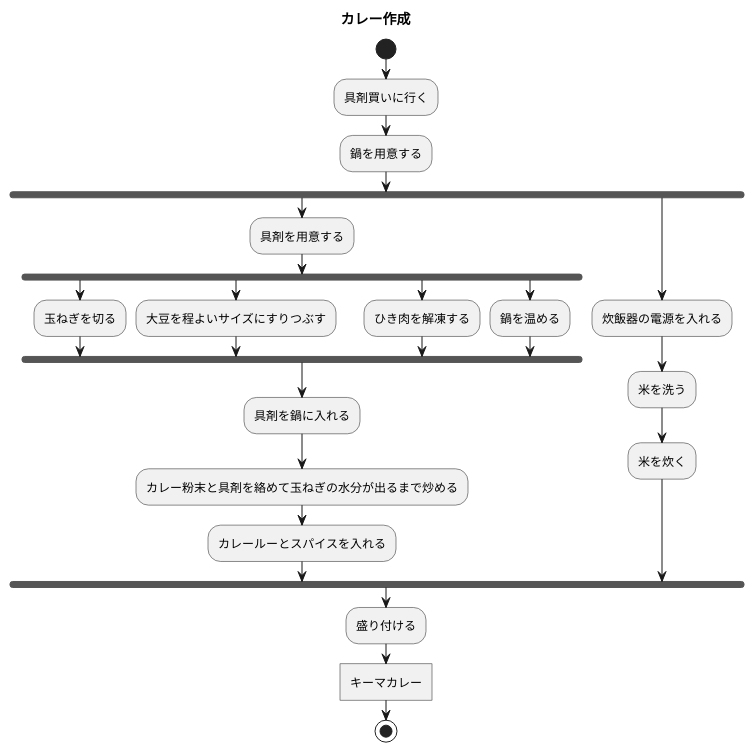
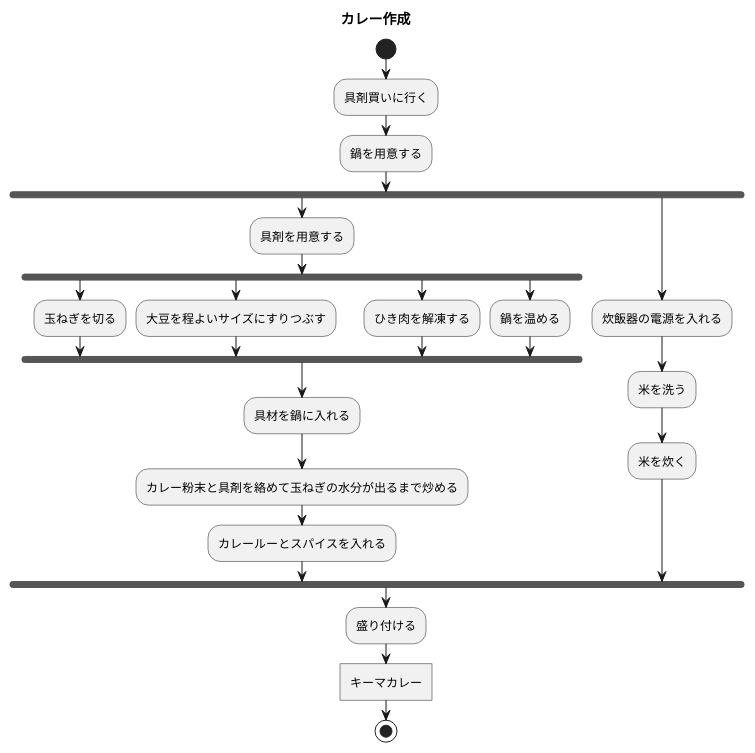
The diagram in 7章練習_ACカレーライス.pu (itouayumu/uml-introduction-), drawn with PlantUML before and after one commit.

Commit message:
修正

```diff
--- a/7章練習_ACカレーライス.pu
+++ b/7章練習_ACカレーライス.pu
@@ -1,29 +1,29 @@
 @startuml 並列処理
 title カレー作成
 start
 :具剤買いに行く;
 :鍋を用意する;
 fork
 :具剤を用意する;
 fork
 :玉ねぎを切る;
 fork again
 :大豆を程よいサイズにすりつぶす;
 fork again
 :ひき肉を解凍する;
 fork again
 :鍋を温める;
 end fork
-:具剤を鍋に入れる;
+:具材を鍋に入れる;
 :カレー粉末と具剤を絡めて玉ねぎの水分が出るまで炒める;
 :カレールーとスパイスを入れる;
 fork again
 :炊飯器の電源を入れる;
 :米を洗う;
 :米を炊く;
 
 end fork
 :盛り付ける;
 :キーマカレー]
 stop
 @enduml
```
